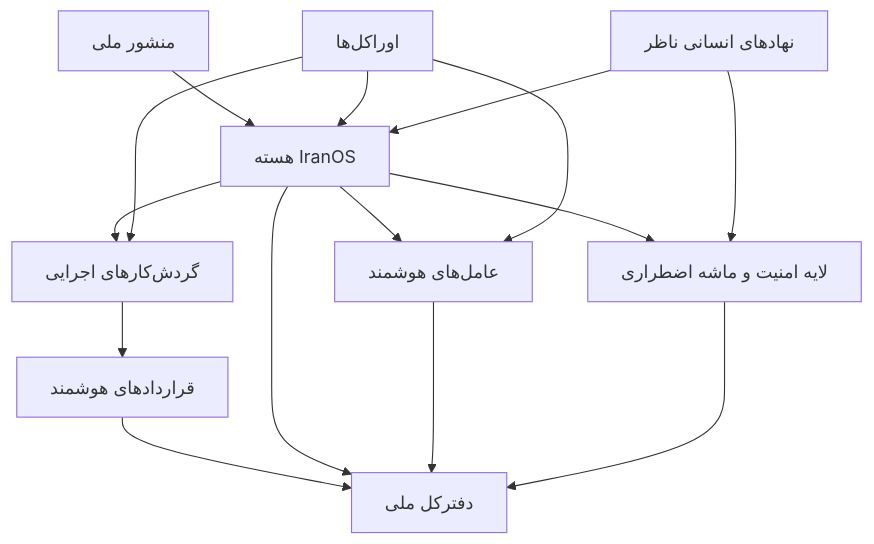
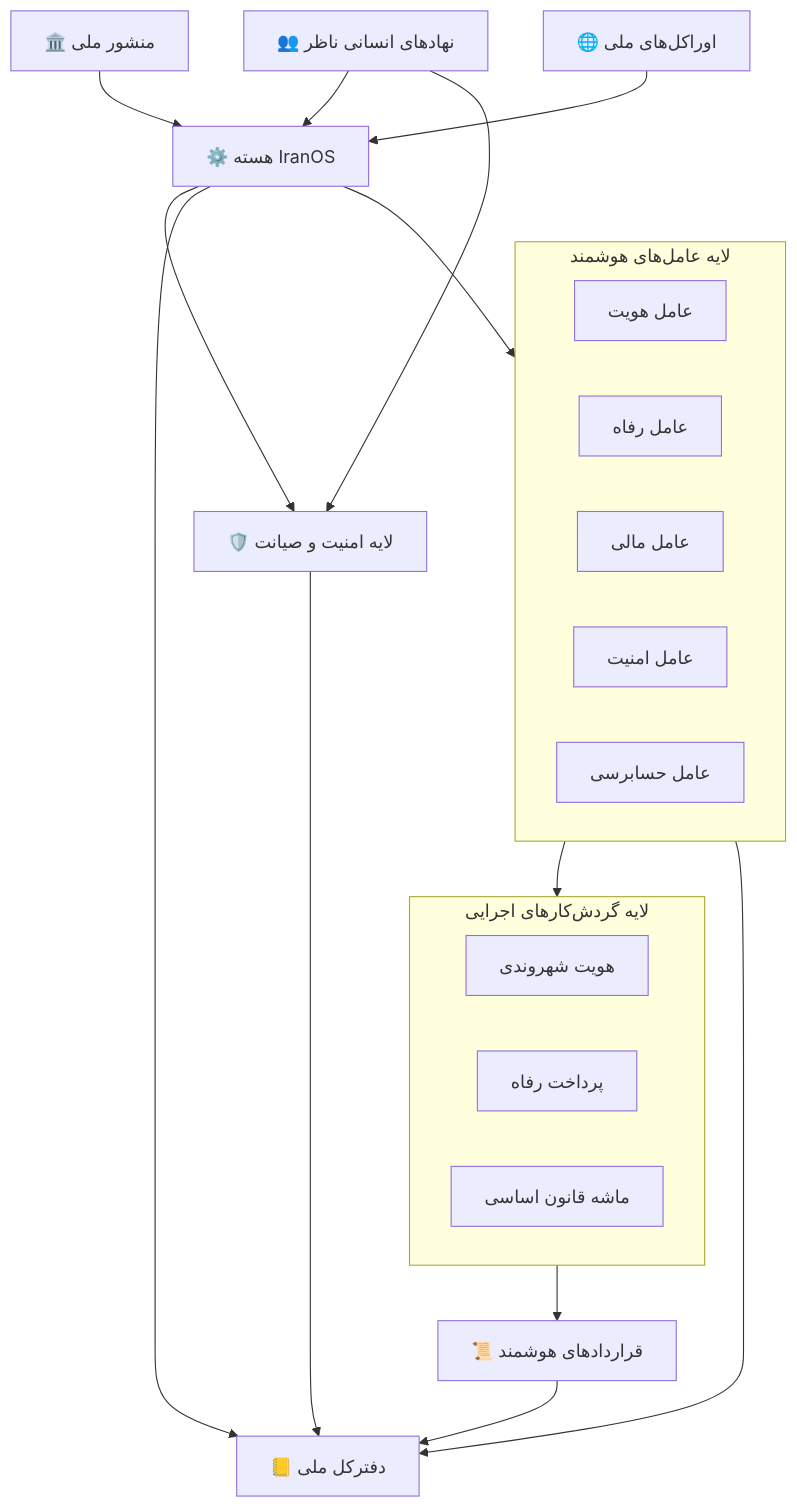
The diagram in architecture/SYSTEM_TOPOLOGY.md (fafa33/Iran-OS), drawn with Mermaid before and after one commit. The commit also changed other lines of this file, not shown here.

````diff
--- a/architecture/SYSTEM_TOPOLOGY.md
+++ b/architecture/SYSTEM_TOPOLOGY.md
@@ -30,22 +30,42 @@
 ```mermaid
-flowchart TD
-    A["منشور ملی"] --> B["هسته IranOS"]
+flowchart TB
 
-    B --> C["عامل‌های هوشمند"]
-    B --> D["گردش‌کارهای اجرایی"]
-    B --> E["لایه امنیت و ماشه اضطراری"]
+    C["🏛️ منشور ملی"]
+    O["🌐 اوراکل‌های ملی"]
+    K["⚙️ هسته IranOS"]
 
-    F["اوراکل‌ها"] --> B
-    F --> C
-    F --> D
+    subgraph A["لایه عامل‌های هوشمند"]
+        AI1["عامل هویت"]
+        AI2["عامل رفاه"]
+        AI3["عامل مالی"]
+        AI4["عامل امنیت"]
+        AI5["عامل حسابرسی"]
+    end
 
-    D --> G["قراردادهای هوشمند"]
-    G --> H["دفترکل ملی"]
+    subgraph W["لایه گردش‌کارهای اجرایی"]
+        W1["هویت شهروندی"]
+        W2["پرداخت رفاه"]
+        W3["ماشه قانون اساسی"]
+    end
 
-    B --> H
-    C --> H
-    E --> H
+    S["🛡️ لایه امنیت و صیانت"]
+    SC["📜 قراردادهای هوشمند"]
+    L["📒 دفترکل ملی"]
+    H["👥 نهادهای انسانی ناظر"]
 
-    I["نهادهای انسانی ناظر"] --> B
-    I --> E
+    C --> K
+    O --> K
+    H --> K
+
+    K --> A
+    A --> W
+    W --> SC
+    SC --> L
+
+    K --> S
+    S --> L
+    A --> L
+    K --> L
+
+    H --> S
 ```
````
